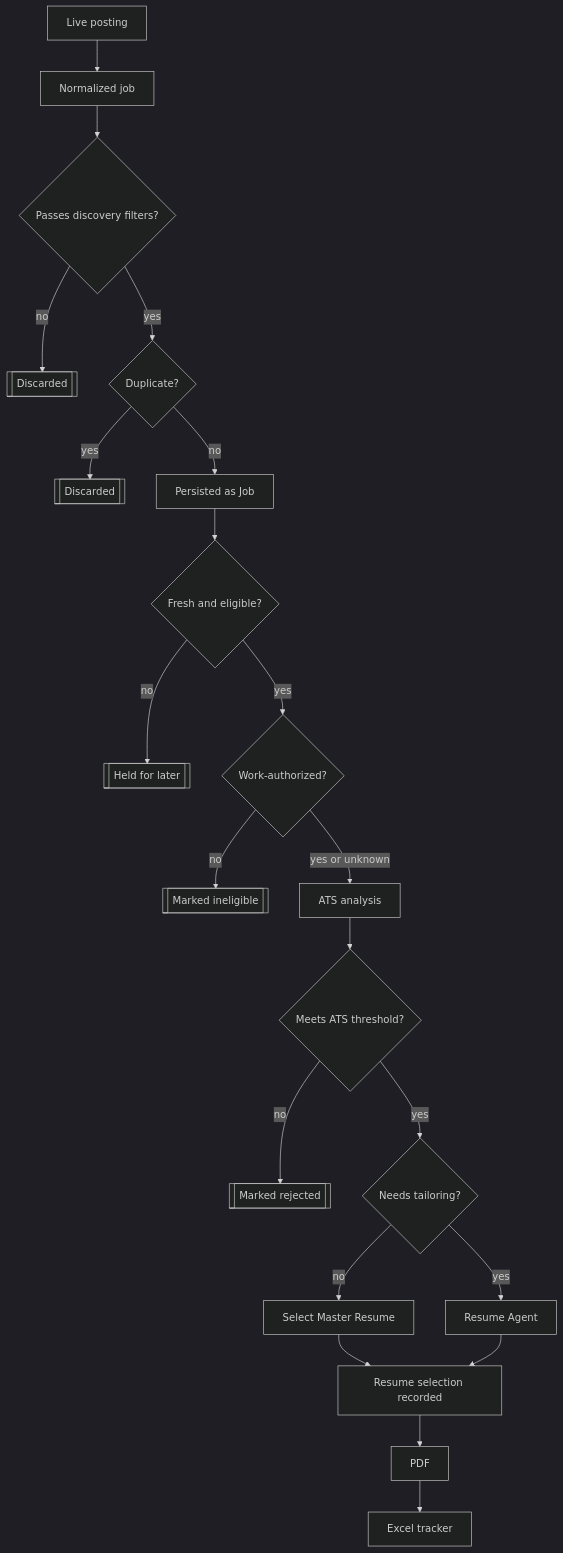
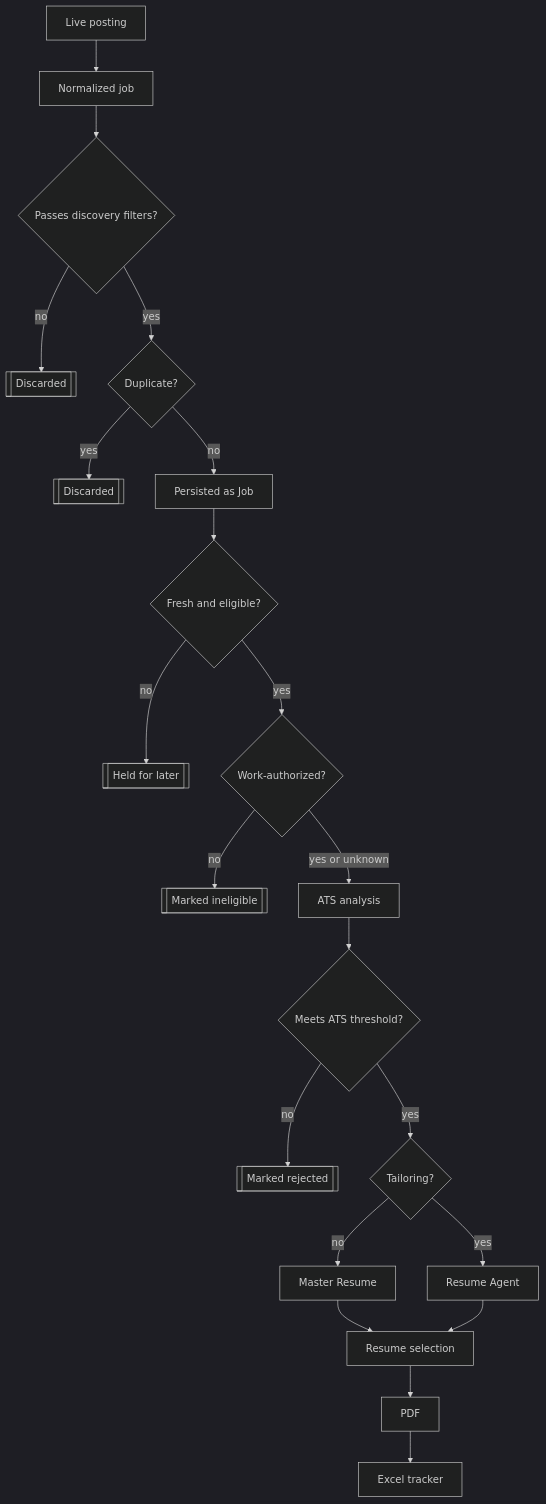
One commit to savsuth/Jobify changed the second of 2 diagrams in README.md. Above: the diagram before and after it, drawn with Mermaid (dark theme).

````diff
--- a/README.md
+++ b/README.md
@@ -113,23 +113,23 @@
 ```mermaid
 flowchart TD
     A[Live posting] --> B[Normalized job]
     B --> C{Passes discovery filters?}
     C -->|no| R1[[Discarded]]
     C -->|yes| D{Duplicate?}
     D -->|yes| R2[[Discarded]]
     D -->|no| E[Persisted as Job]
     E --> F{Fresh and eligible?}
     F -->|no| R3[[Held for later]]
     F -->|yes| G{Work-authorized?}
     G -->|no| R4[[Marked ineligible]]
     G -->|yes or unknown| H[ATS analysis]
     H --> I{Meets ATS threshold?}
     I -->|no| R5[[Marked rejected]]
-    I -->|yes| J{Needs tailoring?}
-    J -->|no| K[Select Master Resume]
+    I -->|yes| J{Tailoring?}
+    J -->|no| K[Master Resume]
     J -->|yes| L[Resume Agent]
-    K --> M[Resume selection recorded]
+    K --> M[Resume selection]
     L --> M
     M --> N[PDF]
     N --> O[Excel tracker]
 ```
````
